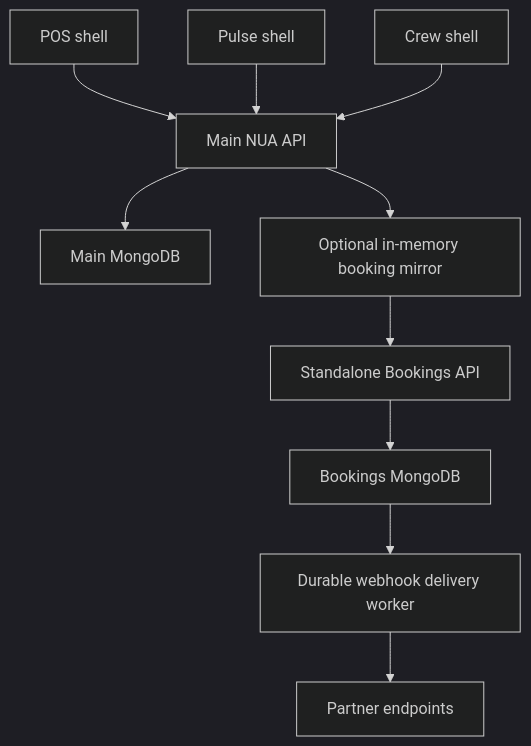
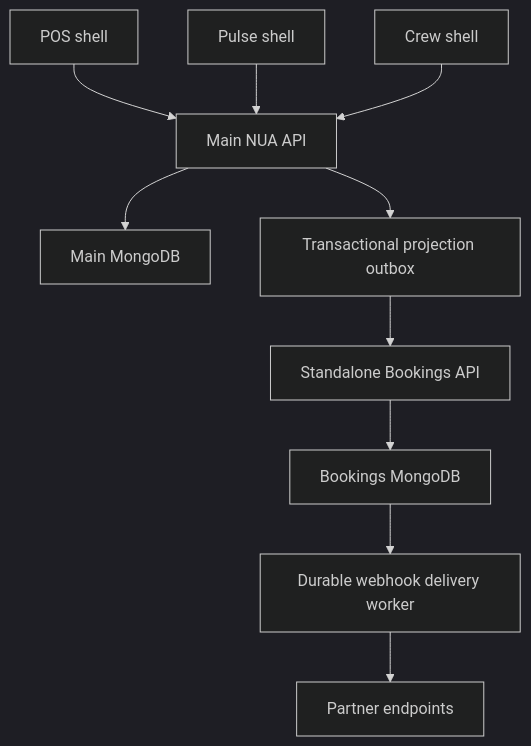
Before and after one commit to Sam-NUA/NUA: the diagram in docs/NUA_Product_Architecture.md, drawn with Mermaid (dark theme). The commit also changed other lines of this file and 45 other files, not shown here.

Commit message:
Make booking capacity and projections transactional; add signed delivery and release gates

````diff
--- a/docs/NUA_Product_Architecture.md
+++ b/docs/NUA_Product_Architecture.md
@@ -29,12 +29,12 @@
 ```mermaid
 flowchart TD
   POS["POS shell"] --> API["Main NUA API"]
   Pulse["Pulse shell"] --> API
   Crew["Crew shell"] --> API
   API --> DB["Main MongoDB"]
-  API --> Mirror["Optional in-memory booking mirror"]
+  API --> Mirror["Transactional projection outbox"]
   Mirror --> Bookings["Standalone Bookings API"]
   Bookings --> BDB["Bookings MongoDB"]
   BDB --> Worker["Durable webhook delivery worker"]
   Worker --> Partners["Partner endpoints"]
 ```
````
